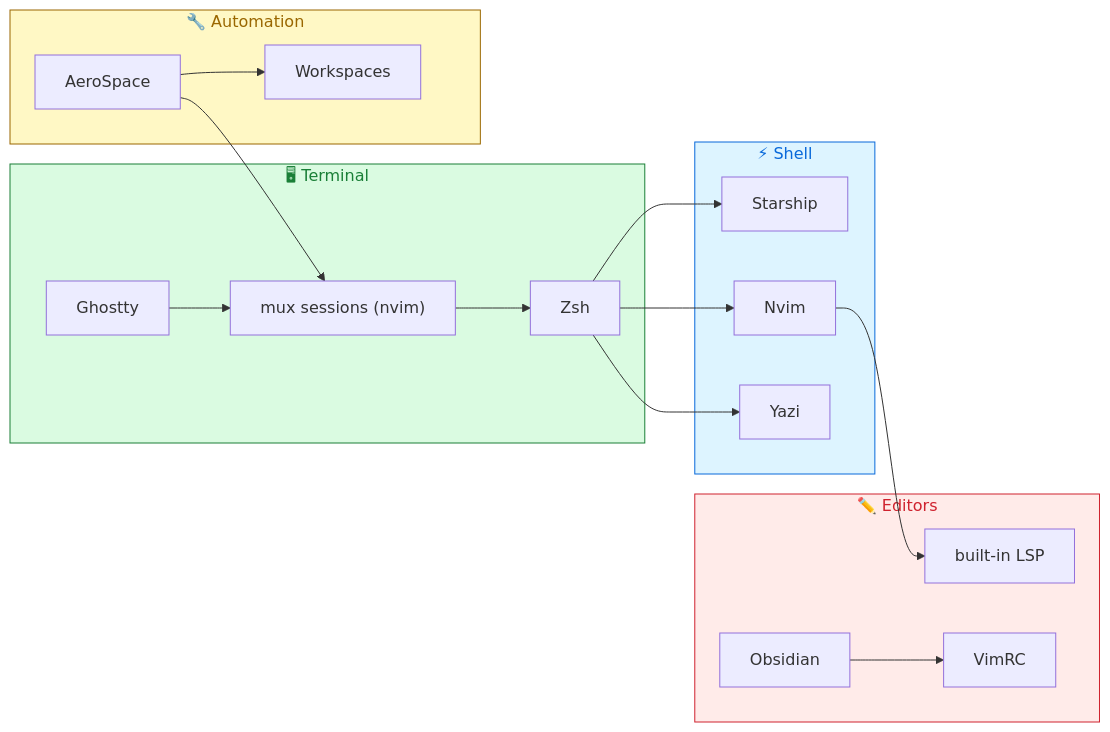
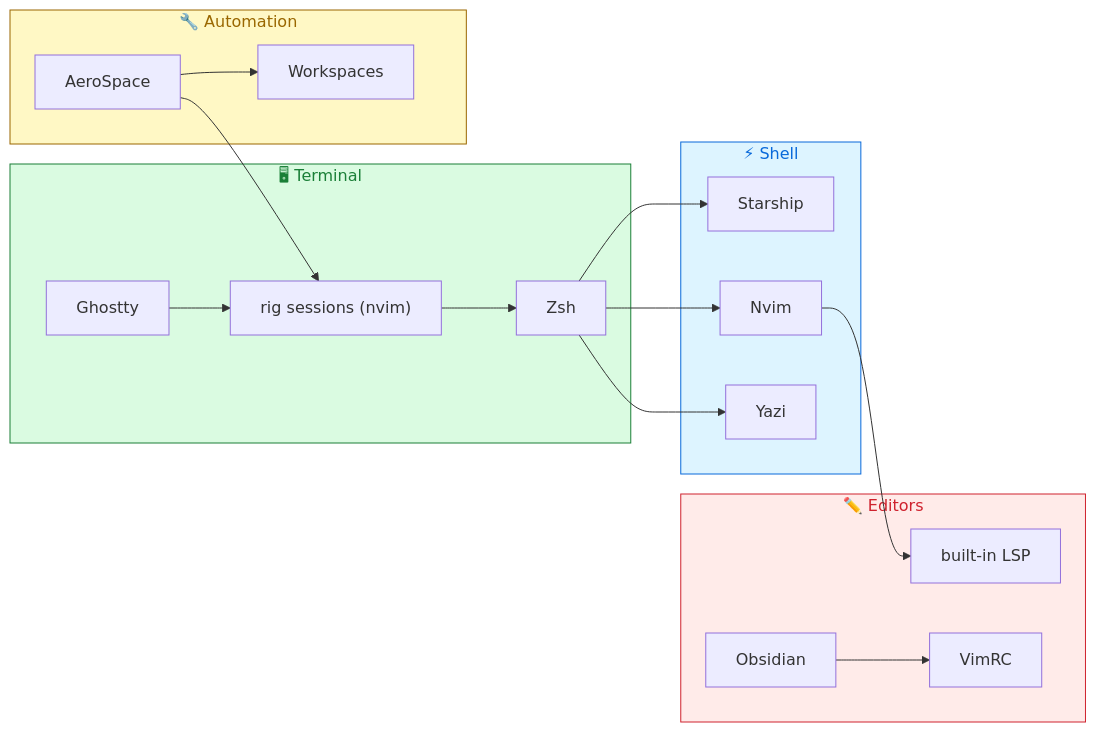
One commit to snesjhon/dotfiles changed the diagram in README.md. Above: the diagram before and after it, drawn with Mermaid. The commit also changed other lines of this file and 37 other files, not shown here.

````diff
--- a/README.md
+++ b/README.md
@@ -38,28 +40,28 @@
 ```mermaid
 graph LR
     subgraph Terminal["🖥 Terminal"]
-        Ghostty --> Sessions["mux sessions (nvim)"]
+        Ghostty --> Sessions["rig sessions (nvim)"]
         Sessions --> Zsh
     end
 
     subgraph Shell["⚡ Shell"]
         Zsh --> Starship
         Zsh --> Nvim
         Zsh --> Yazi
     end
 
     subgraph Automation["🔧 Automation"]
         AeroSpace --> Workspaces
         AeroSpace --> Sessions
     end
 
     subgraph Editors["✏️ Editors"]
         Nvim --> LSP["built-in LSP"]
         Obsidian --> VimRC
     end
 
     style Terminal fill:#dafbe1,stroke:#1a7f37,color:#1a7f37
     style Shell fill:#ddf4ff,stroke:#0969da,color:#0969da
     style Automation fill:#fff8c5,stroke:#9a6700,color:#9a6700
     style Editors fill:#ffebe9,stroke:#cf222e,color:#cf222e
 ```
````
